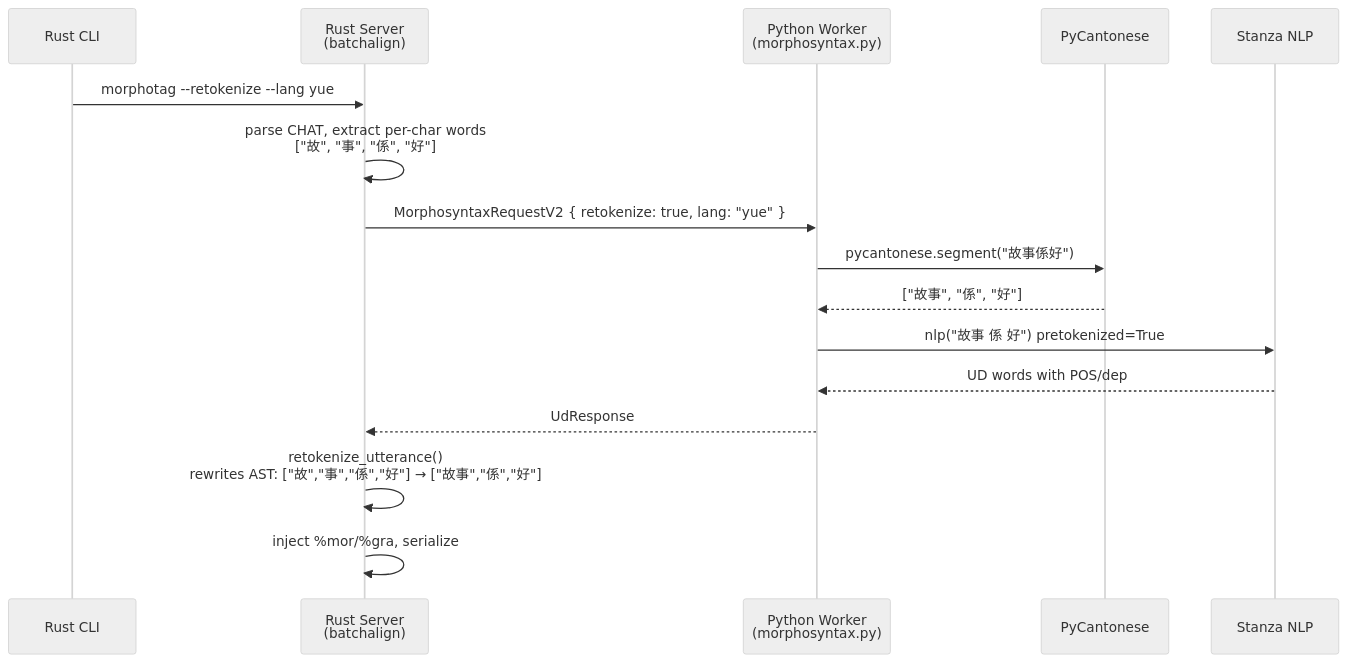
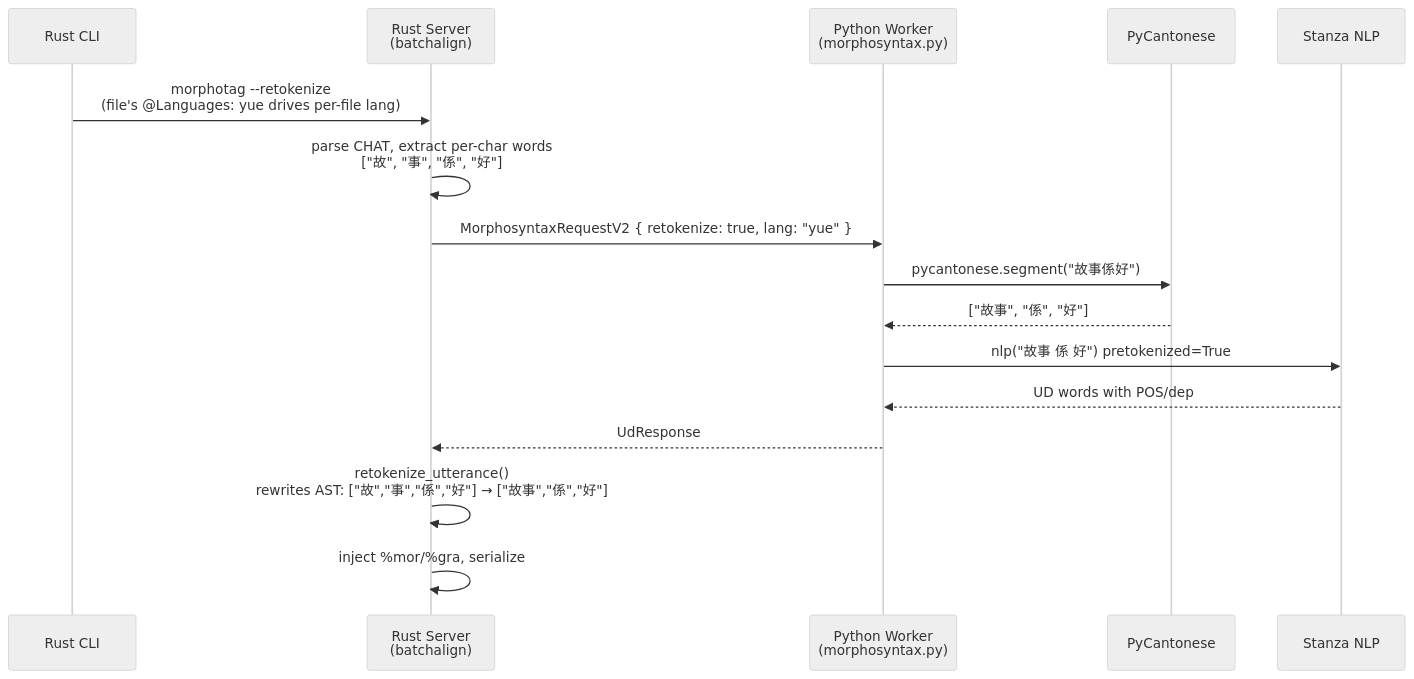
Before and after one commit to TalkBank/talkbank-tools: the third of 4 diagrams in book/src/architecture/language-and-multilingual/cantonese-and-cjk.md, drawn with Mermaid (neutral theme). The commit also changed other lines of this file and 205 other files, not shown here.

````diff
--- a/book/src/architecture/language-and-multilingual/cantonese-and-cjk.md
+++ b/book/src/architecture/language-and-multilingual/cantonese-and-cjk.md
@@ -179,19 +185,19 @@
 ```mermaid
 sequenceDiagram
     participant CLI as Rust CLI
     participant Server as Rust Server<br/>(batchalign)
     participant Worker as Python Worker<br/>(morphosyntax.py)
     participant PC as PyCantonese
     participant Stanza as Stanza NLP
 
-    CLI->>Server: morphotag --retokenize --lang yue
+    CLI->>Server: morphotag --retokenize<br/>(file's @Languages: yue drives per-file lang)
     Server->>Server: parse CHAT, extract per-char words<br/>["故", "事", "係", "好"]
     Server->>Worker: MorphosyntaxRequestV2 { retokenize: true, lang: "yue" }
     Worker->>PC: pycantonese.segment("故事係好")
     PC-->>Worker: ["故事", "係", "好"]
     Worker->>Stanza: nlp("故事 係 好") pretokenized=True
     Stanza-->>Worker: UD words with POS/dep
     Worker-->>Server: UdResponse
     Server->>Server: retokenize_utterance()<br/>rewrites AST: ["故","事","係","好"] → ["故事","係","好"]
     Server->>Server: inject %mor/%gra, serialize
 ```
````
